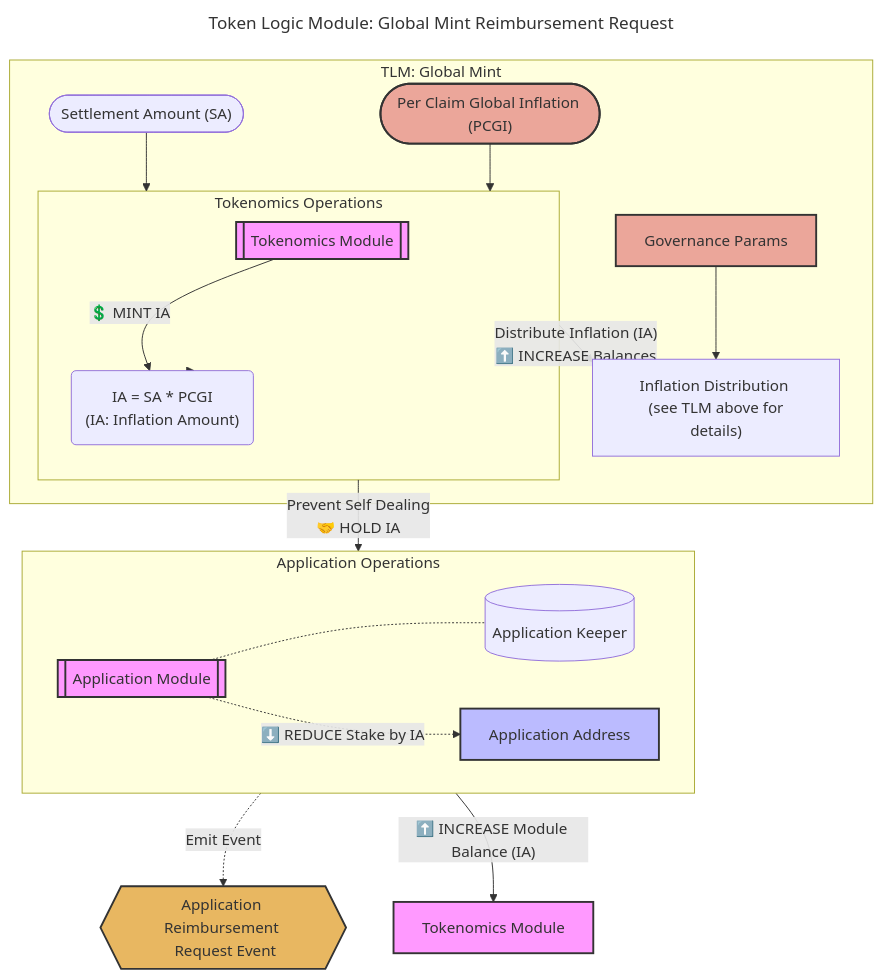
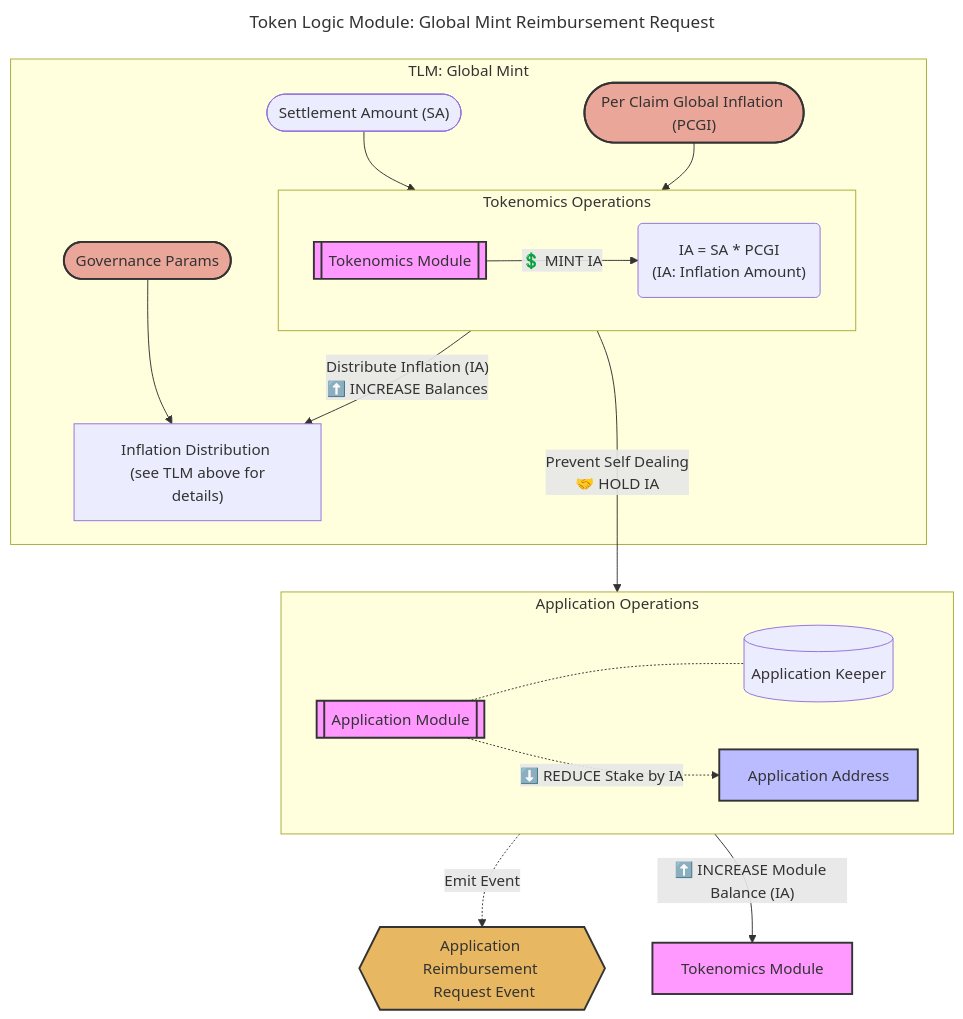
Before and after one commit to pokt-network/poktroll: the fifth of 6 diagrams in docusaurus/docs/protocol/tokenomics/token_logic_modules.md, drawn with Mermaid. The commit also changed other lines of this file, not shown here.

````diff
--- a/docusaurus/docs/protocol/tokenomics/token_logic_modules.md
+++ b/docusaurus/docs/protocol/tokenomics/token_logic_modules.md
@@ -343,57 +342,56 @@
 ```mermaid
 ---
 title: "Token Logic Module: Global Mint Reimbursement Request"
 ---
 flowchart TD
     SA(["Settlement Amount (SA)"])
     PCI(["Per Claim Global Inflation (PCGI)"])
     ARRE{{Application Reimbursement <br> Request Event}}
     TM2["Tokenomics Module"]
 
     subgraph TLMGM["TLM: Global Mint"]
         IA(["Inflation Mint Coin (IA)"])
         ID["Inflation Distribution <br> (see TLM above for details)"]
-        GP["Governance Params"]
+        GP(["Governance Params"])
 
         subgraph TO[Tokenomics Operations]
             TM[[Tokenomics Module]]
             IA("IA = SA * PCGI <br> (IA: Inflation Amount)")
             TM  --> |"💲 MINT IA"|IA
         end
 
         %% Mint Inputs
         SA --> TO
         PCI --> TO
-        IA --> TO
 
         %% Distribute Inflation
         TO --> |"Distribute Inflation (IA) <br> ⬆️ INCREASE Balances"| ID
         GP --> ID
     end
 
     subgraph AO[Application Operations]
         AM[[Application Module]]
         AK[(Application Keeper)]
         AA[Application Address]
 
         %% Reimbursement Request Actions
         AM -.- AK
         AM -. ⬇️ REDUCE Stake by IA .-> AA
     end
 
 
     %% Reimbursement Request Logic
     TO ---> |Prevent Self Dealing <br> 🤝 HOLD IA| AO
     AO -.-> |Emit Event| ARRE
     AO --> |"⬆️ INCREASE Module Balance (IA)"| TM2
 
     classDef module fill:#f9f,color: #333,stroke:#333,stroke-width:2px;
     classDef address fill:#bbf,color: #333,stroke:#333,stroke-width:2px;
     classDef govparam fill:#eba69a,color: #333,stroke:#333,stroke-width:2px;
     classDef event fill:#e8b761,color: #333,stroke:#333,stroke-width:2px;
 
     class TM,AM,TM2 module;
     class PCI,GP govparam;
     class PRA,AA,DAO address;
     class ARRE event;
 ```
````
